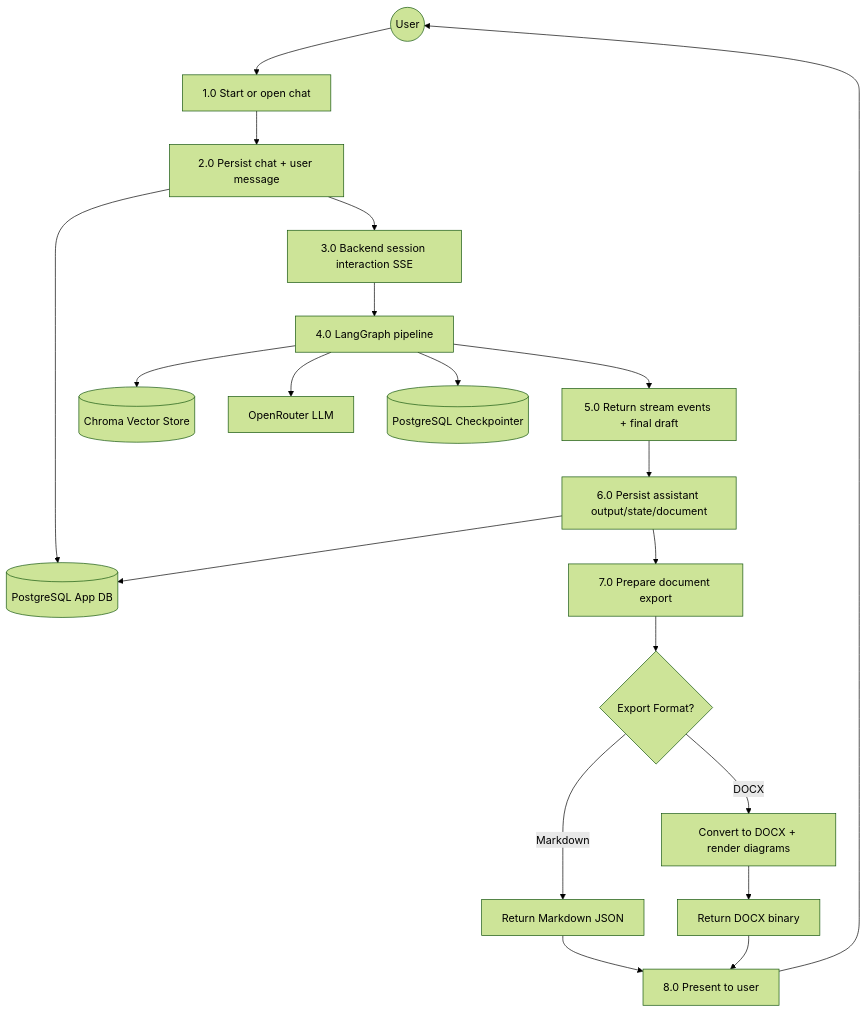
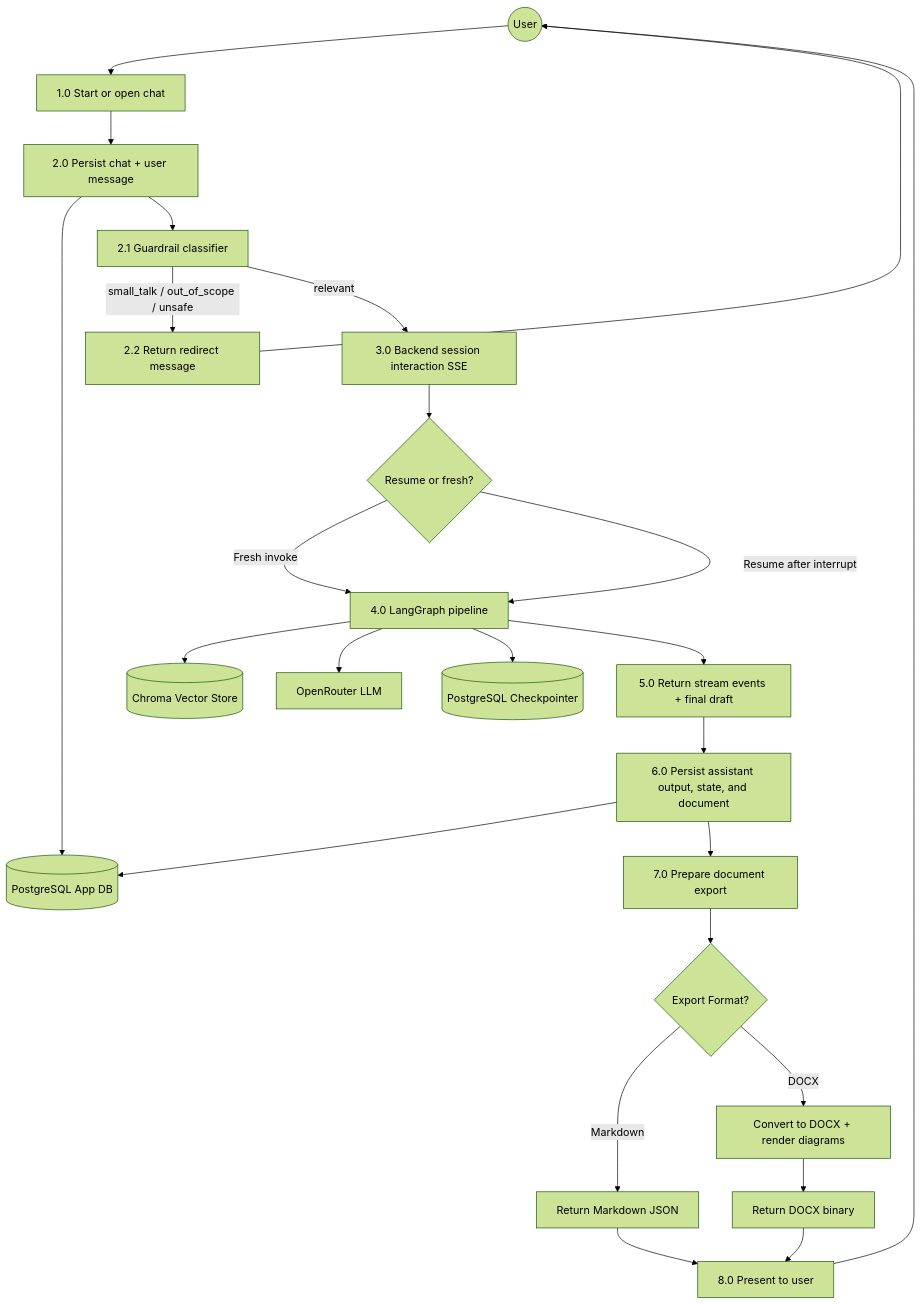
The second of 3 diagrams in documentation/dataflow_diagram.md (Ta1al/automated-SRS-generator), drawn with Mermaid (forest theme) before and after one commit. The commit also changed other lines of this file and 5 other files, not shown here.

````diff
--- a/documentation/dataflow_diagram.md
+++ b/documentation/dataflow_diagram.md
@@ -17,26 +17,32 @@
 ```mermaid
 graph TD
     User((User)) --> P1["1.0 Start or open chat"]
     P1 --> P2["2.0 Persist chat + user message"]
     P2 --> AppDB[(PostgreSQL App DB)]
 
-    P2 --> P3["3.0 Backend session interaction SSE"]
-    P3 --> Graph["4.0 LangGraph pipeline"]
+    P2 --> P2a["2.1 Guardrail classifier"]
+    P2a -->|small_talk / out_of_scope / unsafe| P2b["2.2 Return redirect message"]
+    P2b --> User
+
+    P2a -->|relevant| P3["3.0 Backend session interaction SSE"]
+    P3 --> P3a{Resume or fresh?}
+    P3a -->|Fresh invoke| Graph["4.0 LangGraph pipeline"]
+    P3a -->|Resume after interrupt| Graph
 
     Graph --> VectorDB[(Chroma Vector Store)]
     Graph --> LLM[OpenRouter LLM]
     Graph --> Checkpointer[(PostgreSQL Checkpointer)]
 
     Graph --> P5["5.0 Return stream events + final draft"]
-    P5 --> P6["6.0 Persist assistant output/state/document"]
+    P5 --> P6["6.0 Persist assistant output, state, and document"]
     P6 --> AppDB
-    
+
     P6 --> P7["7.0 Prepare document export"]
     P7 --> P8{Export Format?}
     P8 -->|Markdown| ReturnMarkdown["Return Markdown JSON"]
     P8 -->|DOCX| DocxConvert["Convert to DOCX + render diagrams"]
     DocxConvert --> ReturnDocx["Return DOCX binary"]
     ReturnMarkdown --> P9["8.0 Present to user"]
     ReturnDocx --> P9
     P9 --> User
 ```
````
